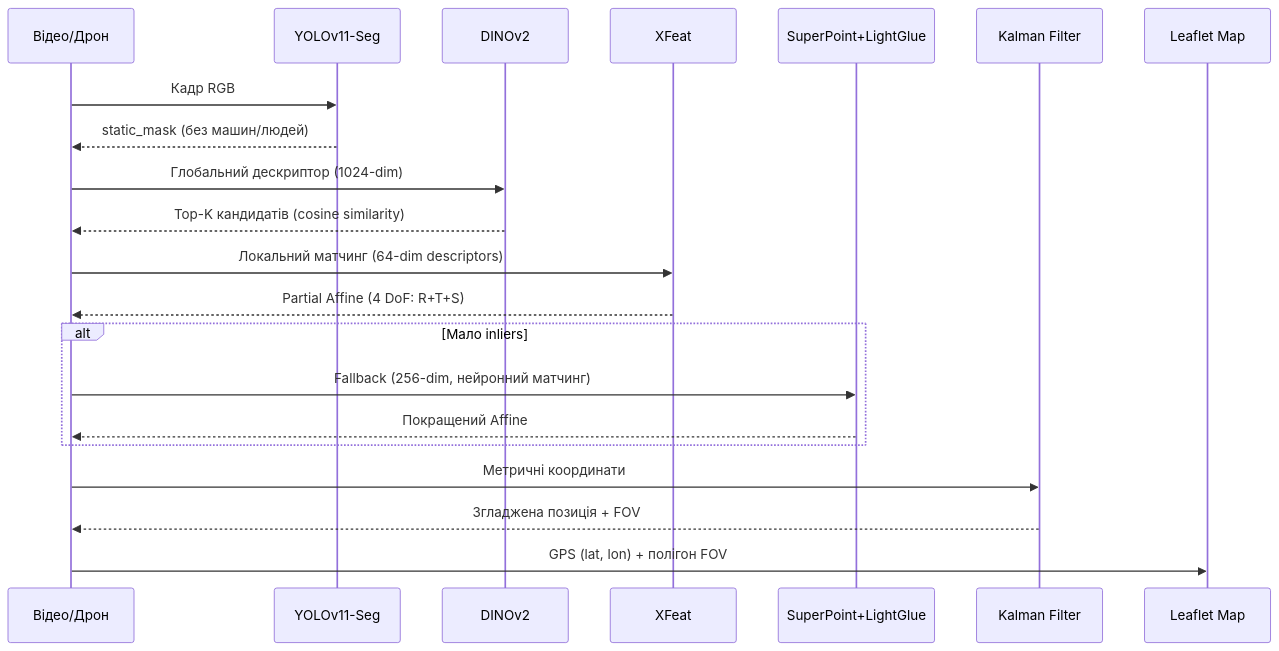
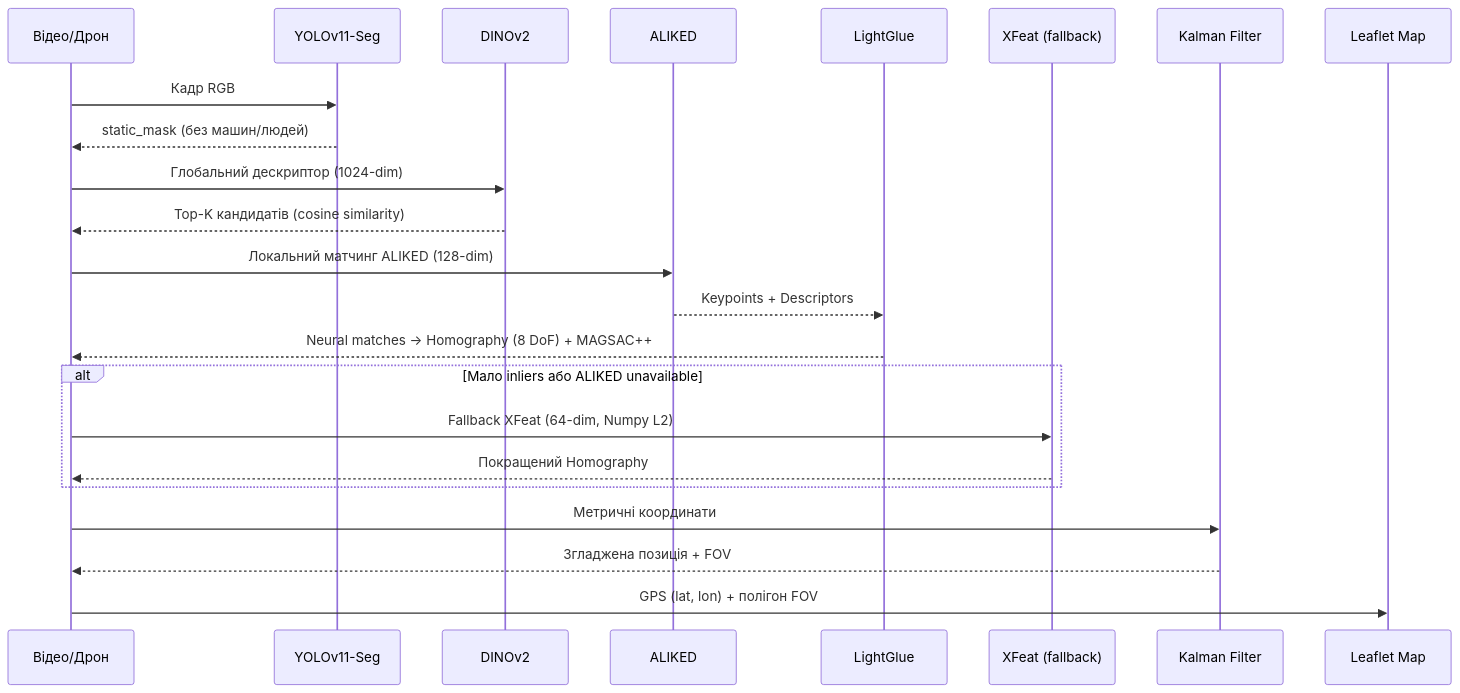
One commit to horyniuk-stepan-dev/DroneLocalization changed the second of 3 diagrams in docs/project_analysis.md. Above: the diagram before and after it, drawn with Mermaid. The commit also changed other lines of this file and 10 other files, not shown here.

````diff
--- a/docs/project_analysis.md
+++ b/docs/project_analysis.md
@@ -73,24 +75,26 @@
 ```mermaid
 sequenceDiagram
     participant V as Відео/Дрон
     participant Y as YOLOv11-Seg
     participant D as DINOv2
-    participant X as XFeat
-    participant LG as SuperPoint+LightGlue
+    participant A as ALIKED
+    participant LG as LightGlue
+    participant X as XFeat (fallback)
     participant K as Kalman Filter
     participant Map as Leaflet Map
 
     V->>Y: Кадр RGB
     Y-->>V: static_mask (без машин/людей)
     V->>D: Глобальний дескриптор (1024-dim)
     D-->>V: Top-K кандидатів (cosine similarity)
-    V->>X: Локальний матчинг (64-dim descriptors)
-    X-->>V: Partial Affine (4 DoF: R+T+S)
-    alt Мало inliers
-        V->>LG: Fallback (256-dim, нейронний матчинг)
-        LG-->>V: Покращений Affine
+    V->>A: Локальний матчинг ALIKED (128-dim)
+    A-->>LG: Keypoints + Descriptors
+    LG-->>V: Neural matches → Homography (8 DoF) + MAGSAC++
+    alt Мало inliers або ALIKED unavailable
+        V->>X: Fallback XFeat (64-dim, Numpy L2)
+        X-->>V: Покращений Homography
     end
     V->>K: Метричні координати
     K-->>V: Згладжена позиція + FOV
     V->>Map: GPS (lat, lon) + полігон FOV
 ```
````
